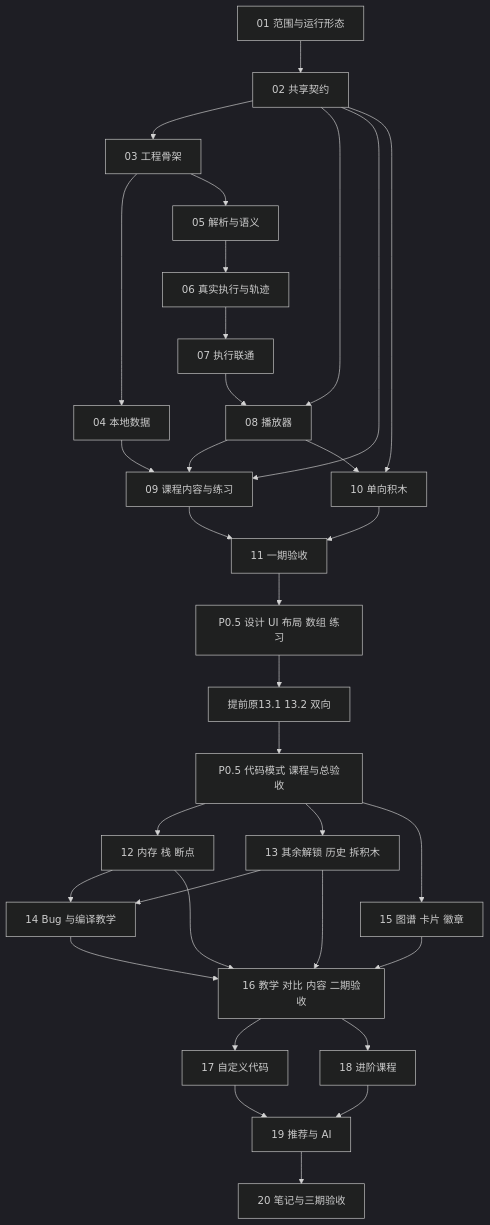
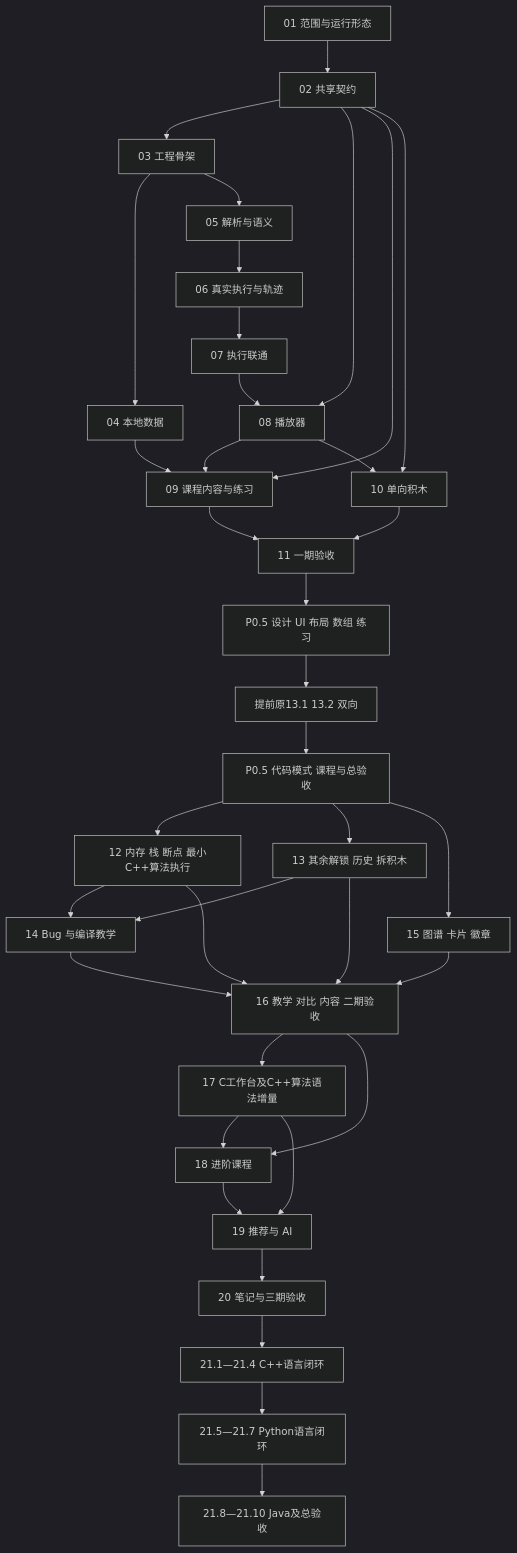
One commit to Getaway-Wuji/programming-visualization-learning changed the diagram in 项目文档/开发路线与依赖.md. Above: the diagram before and after it, drawn with Mermaid (dark theme). The commit also changed other lines of this file and 135 other files, not shown here.

````diff
--- a/项目文档/开发路线与依赖.md
+++ b/项目文档/开发路线与依赖.md
@@ -43,35 +47,39 @@
 ```mermaid
 flowchart TD
     S01["01 范围与运行形态"] --> S02["02 共享契约"]
     S02 --> S03["03 工程骨架"]
     S03 --> S04["04 本地数据"]
     S03 --> S05["05 解析与语义"]
     S05 --> S06["06 真实执行与轨迹"]
     S06 --> S07["07 执行联通"]
     S02 --> S08["08 播放器"]
     S07 --> S08
     S02 --> S09["09 课程内容与练习"]
     S04 --> S09
     S08 --> S09
     S02 --> S10["10 单向积木"]
     S08 --> S10
     S09 --> S11["11 一期验收"]
     S10 --> S11
     S11 --> P05A["P0.5 设计 UI 布局 数组 练习"]
     P05A --> S13Early["提前原13.1 13.2 双向"]
     S13Early --> P05B["P0.5 代码模式 课程与总验收"]
-    P05B --> S12["12 内存 栈 断点"]
+    P05B --> S12["12 内存 栈 断点 最小C++算法执行"]
     P05B --> S13["13 其余解锁 历史 拆积木"]
     P05B --> S15["15 图谱 卡片 徽章"]
     S12 --> S14["14 Bug 与编译教学"]
     S13 --> S14
     S12 --> S16["16 教学 对比 内容 二期验收"]
     S13 --> S16
     S14 --> S16
     S15 --> S16
-    S16 --> S17["17 自定义代码"]
+    S16 --> S17["17 C工作台及C++算法语法增量"]
     S16 --> S18["18 进阶课程"]
+    S17 --> S18
     S17 --> S19["19 推荐与 AI"]
     S18 --> S19
     S19 --> S20["20 笔记与三期验收"]
+    S20 --> S21C["21.1—21.4 C++语言闭环"]
+    S21C --> S21P["21.5—21.7 Python语言闭环"]
+    S21P --> S21J["21.8—21.10 Java及总验收"]
 ```
````
